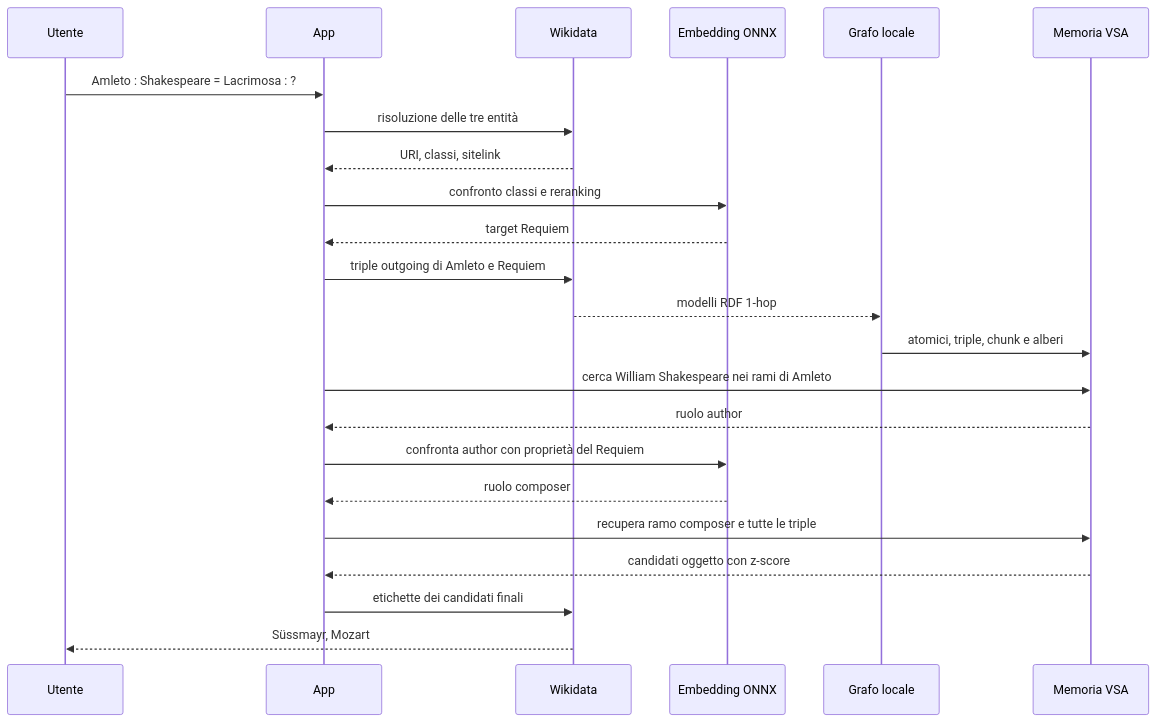
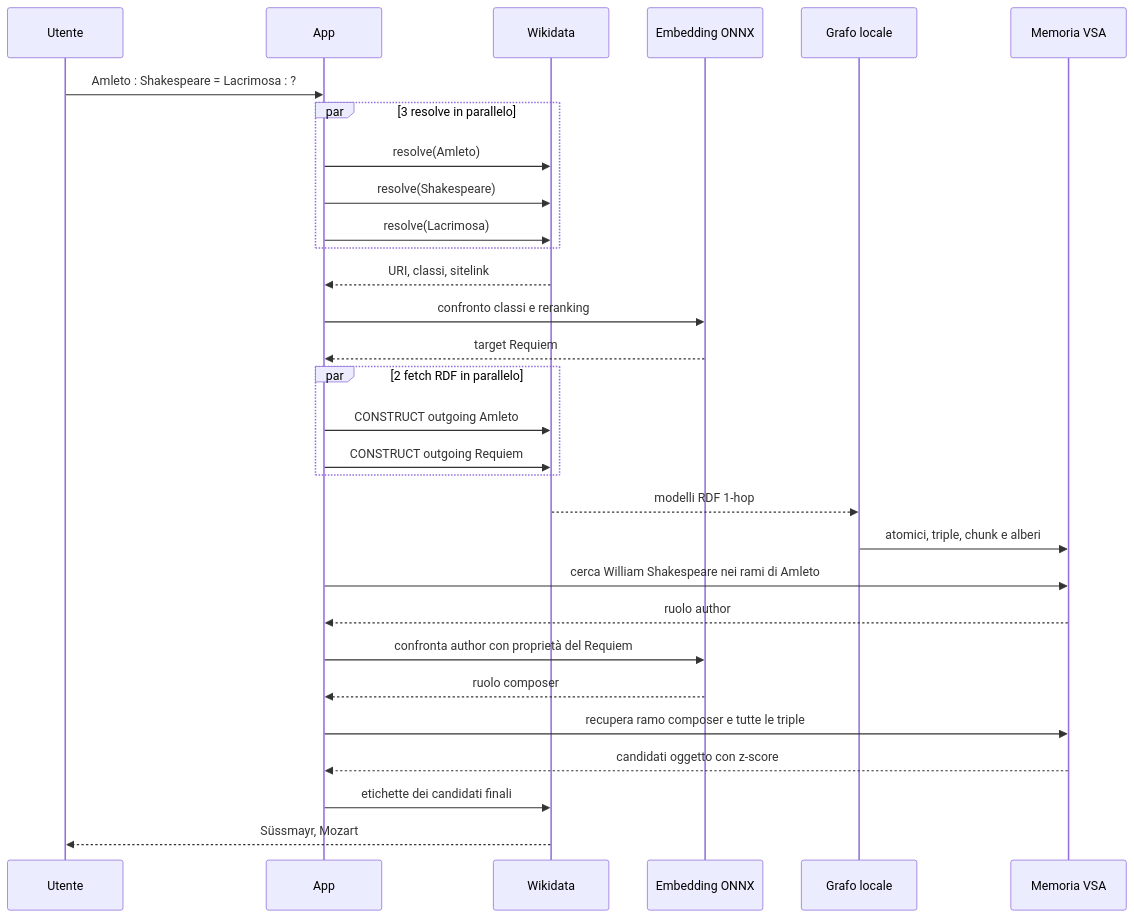
The second of 2 diagrams in FLUSSO_DATI.md (ant-ctrl-win/neuro-semantic-investigator), drawn with Mermaid before and after one commit. The commit also changed other lines of this file and 2 other files, not shown here.

````diff
--- a/FLUSSO_DATI.md
+++ b/FLUSSO_DATI.md
@@ -342,26 +368,33 @@
 ```mermaid
 sequenceDiagram
     participant U as Utente
     participant A as App
     participant W as Wikidata
     participant E as Embedding ONNX
     participant G as Grafo locale
     participant V as Memoria VSA
 
     U->>A: Amleto : Shakespeare = Lacrimosa : ?
-    A->>W: risoluzione delle tre entità
+    par 3 resolve in parallelo
+        A->>W: resolve(Amleto)
+        A->>W: resolve(Shakespeare)
+        A->>W: resolve(Lacrimosa)
+    end
     W-->>A: URI, classi, sitelink
     A->>E: confronto classi e reranking
     E-->>A: target Requiem
-    A->>W: triple outgoing di Amleto e Requiem
+    par 2 fetch RDF in parallelo
+        A->>W: CONSTRUCT outgoing Amleto
+        A->>W: CONSTRUCT outgoing Requiem
+    end
     W-->>G: modelli RDF 1-hop
     G->>V: atomici, triple, chunk e alberi
     A->>V: cerca William Shakespeare nei rami di Amleto
     V-->>A: ruolo author
     A->>E: confronta author con proprietà del Requiem
     E-->>A: ruolo composer
     A->>V: recupera ramo composer e tutte le triple
     V-->>A: candidati oggetto con z-score
     A->>W: etichette dei candidati finali
     W-->>U: Süssmayr, Mozart
 ```
````
